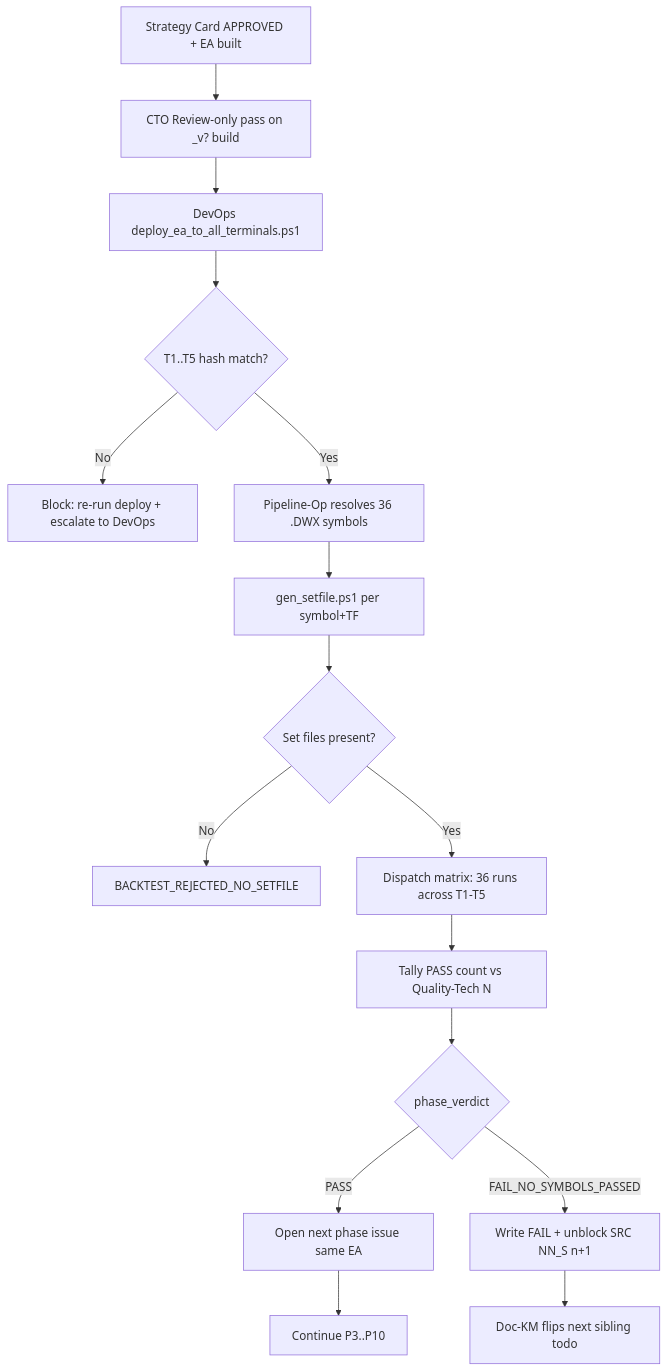
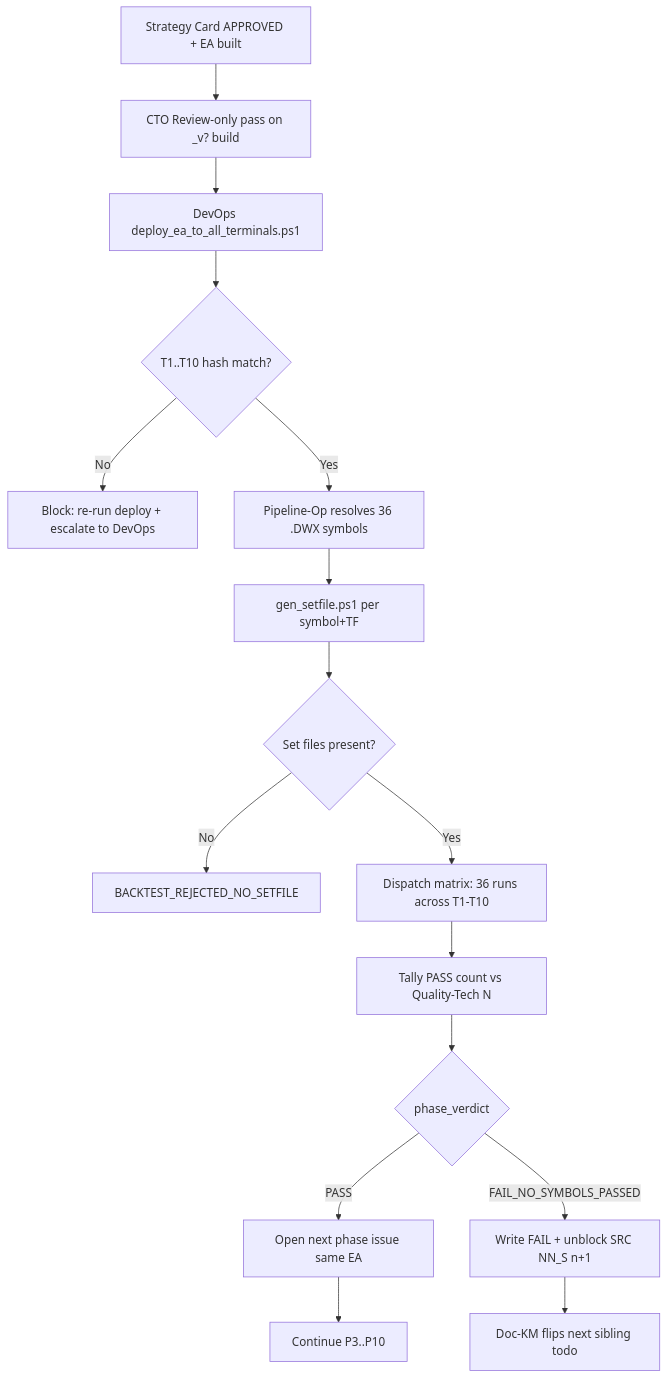
Before and after one commit to QuantMechanica/VPS-PortfolioBuild: the diagram in processes/16-backtest-execution-discipline.md, drawn with Mermaid. The commit also changed other lines of this file and 12 other files, not shown here.

````diff
--- a/processes/16-backtest-execution-discipline.md
+++ b/processes/16-backtest-execution-discipline.md
@@ -194,18 +191,18 @@
 ```mermaid
 flowchart TD
     A[Strategy Card APPROVED + EA built] --> B[CTO Review-only pass on _v? build]
     B --> C[DevOps deploy_ea_to_all_terminals.ps1]
-    C --> D{T1..T5 hash match?}
+    C --> D{T1..T10 hash match?}
     D -->|No| Z[Block: re-run deploy + escalate to DevOps]
     D -->|Yes| E[Pipeline-Op resolves 36 .DWX symbols]
     E --> F[gen_setfile.ps1 per symbol+TF]
     F --> G{Set files present?}
     G -->|No| Y[BACKTEST_REJECTED_NO_SETFILE]
-    G -->|Yes| H[Dispatch matrix: 36 runs across T1-T5]
+    G -->|Yes| H[Dispatch matrix: 36 runs across T1-T10]
     H --> I[Tally PASS count vs Quality-Tech N]
     I --> J{phase_verdict}
     J -->|PASS| K[Open next phase issue same EA]
     J -->|FAIL_NO_SYMBOLS_PASSED| L[Write FAIL + unblock SRC NN_S n+1]
     K --> M[Continue P3..P10]
     L --> N[Doc-KM flips next sibling todo]
 ```
````
